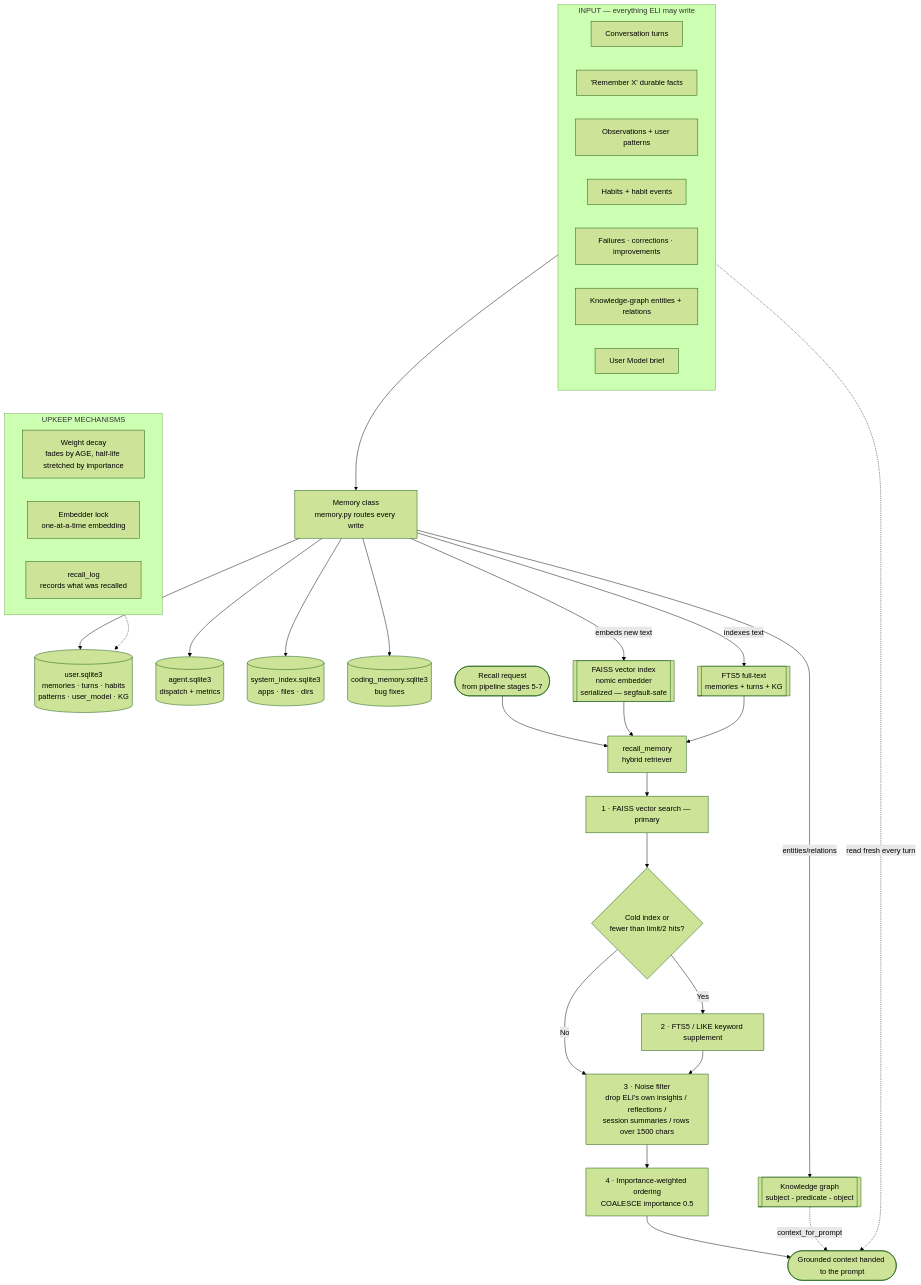
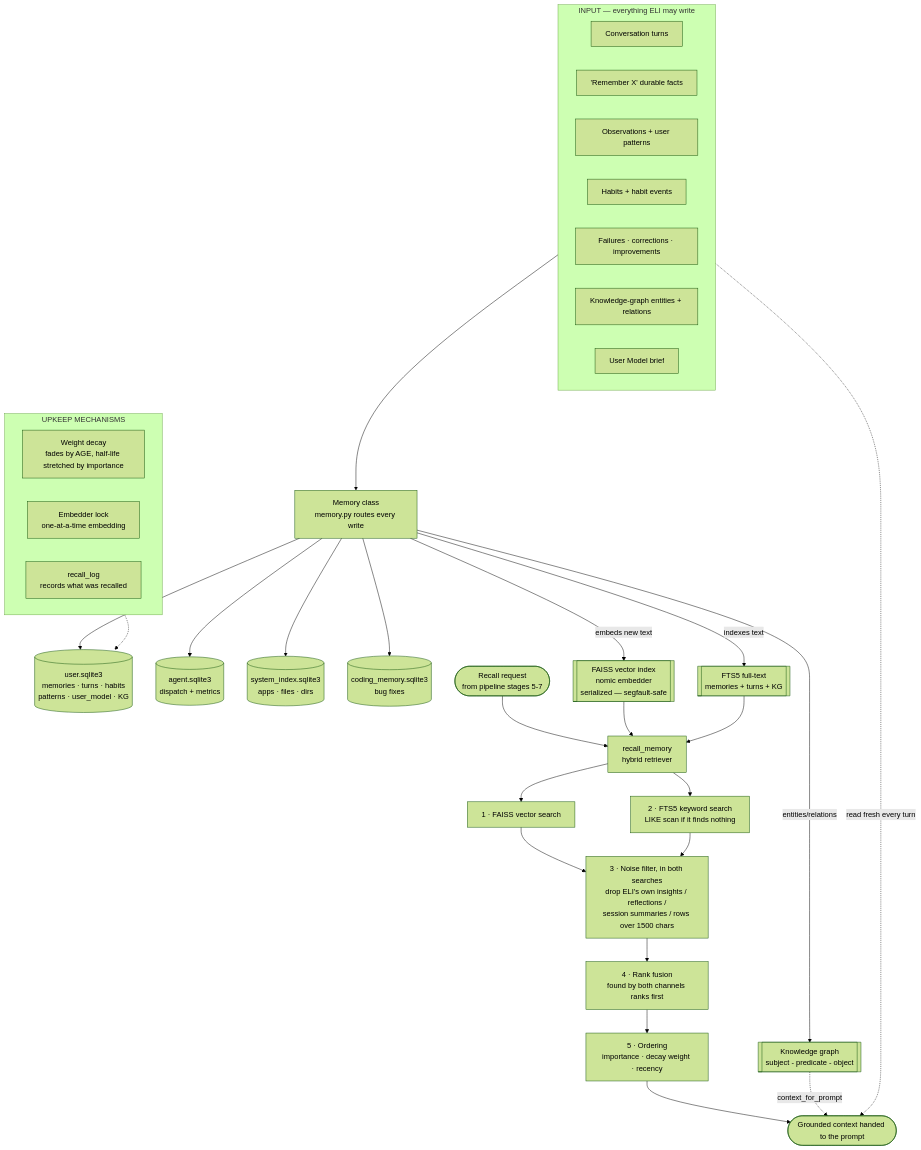
Diagram 11 of 11 in blueprints/ELI_USER_MANUAL.md (ShadowESC95/ELI_v2.0), drawn with Mermaid (forest theme) before and after one commit. The commit also changed other lines of this file and 115 other files, not shown here.

````diff
--- a/blueprints/ELI_USER_MANUAL.md
+++ b/blueprints/ELI_USER_MANUAL.md
@@ -1197,43 +1296,43 @@
 ```mermaid
 flowchart TD
     subgraph IN[INPUT — everything ELI may write]
       direction LR
       I1[Conversation turns]
       I2["'Remember X' durable facts"]
       I3[Observations + user patterns]
       I4[Habits + habit events]
       I5[Failures · corrections · improvements]
       I6[Knowledge-graph entities + relations]
       I7[User Model brief]
     end
     IN --> MEM[Memory class<br/>memory.py routes every write]
 
     MEM --> D1[(user.sqlite3<br/>memories · turns · habits<br/>patterns · user_model · KG)]
     MEM --> D2[(agent.sqlite3<br/>dispatch + metrics)]
     MEM --> D3[(system_index.sqlite3<br/>apps · files · dirs)]
     MEM --> D4[(coding_memory.sqlite3<br/>bug fixes)]
     MEM -->|embeds new text| V[[FAISS vector index<br/>nomic embedder<br/>serialized — segfault-safe]]
     MEM -->|indexes text| F[[FTS5 full-text<br/>memories + turns + KG]]
     MEM -->|entities/relations| KG[[Knowledge graph<br/>subject - predicate - object]]
 
     Q([Recall request<br/>from pipeline stages 5-7]) --> RC[recall_memory<br/>hybrid retriever]
     V --> RC
     F --> RC
-    RC --> S1[1 · FAISS vector search — primary]
-    S1 --> S2{Cold index or<br/>fewer than limit/2 hits?}
-    S2 -->|Yes| S3[2 · FTS5 / LIKE keyword supplement]
-    S2 -->|No| S4
-    S3 --> S4[3 · Noise filter<br/>drop ELI's own insights / reflections /<br/>session summaries / rows over 1500 chars]
-    S4 --> S5[4 · Importance-weighted ordering<br/>COALESCE importance 0.5]
+    RC --> S1[1 · FAISS vector search]
+    RC --> S2[2 · FTS5 keyword search<br/>LIKE scan if it finds nothing]
+    S1 --> S3[3 · Noise filter, in both searches<br/>drop ELI's own insights / reflections /<br/>session summaries / rows over 1500 chars]
+    S2 --> S3
+    S3 --> S4[4 · Rank fusion<br/>found by both channels ranks first]
+    S4 --> S5[5 · Ordering<br/>importance · decay weight · recency]
     S5 --> CTX([Grounded context handed to the prompt])
     KG -.->|context_for_prompt| CTX
     I7 -.->|read fresh every turn| CTX
 
     subgraph MECH[UPKEEP MECHANISMS]
       direction LR
       M1[Weight decay<br/>fades by AGE, half-life stretched by importance]
       M2[Embedder lock<br/>one-at-a-time embedding]
       M3[recall_log<br/>records what was recalled]
     end
     M1 -.-> D1
 ```
````
